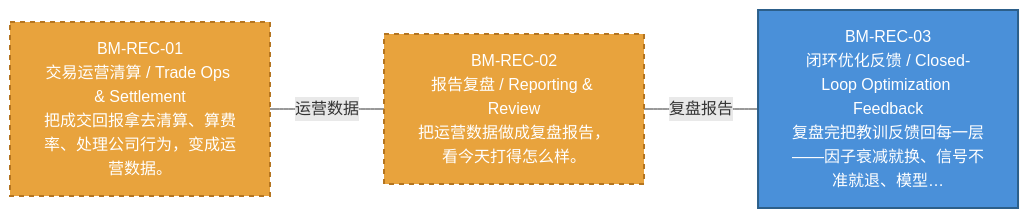
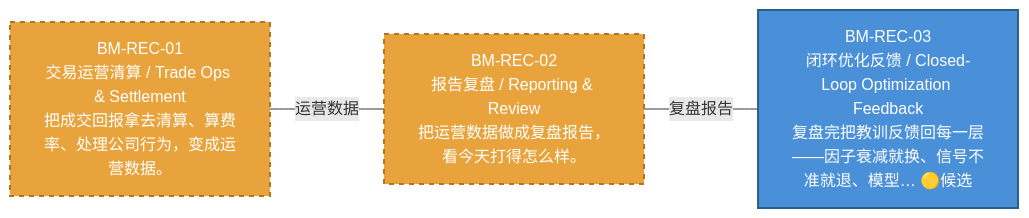
Before and after one commit to xuanFelixVan/ZephyrAlpha: the diagram in docs/02_enterprise_architecture/07_trading_decision_architecture/battle_map/battle_map_06_reconciliation.md, drawn with Mermaid. The commit also changed other lines of this file and 9 other files, not shown here.

First line of the commit message:
feat(battle_map): 缺口2补完——§15时序/§1.7分布感知横切视图+定位书§三系统架构上下文

````diff
--- a/docs/02_enterprise_architecture/07_trading_decision_architecture/battle_map/battle_map_06_reconciliation.md
+++ b/docs/02_enterprise_architecture/07_trading_decision_architecture/battle_map/battle_map_06_reconciliation.md
@@ -15,14 +15,14 @@
 ```mermaid
 %% 对账阶段图
 flowchart LR
     BM_REC_01["BM-REC-01\n交易运营清算 / Trade Ops & Settlement\n把成交回报拿去清算、算费率、处理公司行为，变成运营数据。"]:::design
     BM_REC_02["BM-REC-02\n报告复盘 / Reporting & Review\n把运营数据做成复盘报告，看今天打得怎么样。"]:::design
-    BM_REC_03["BM-REC-03\n闭环优化反馈 / Closed-Loop Optimization Feedback\n复盘完把教训反馈回每一层——因子衰减就换、信号不准就退、模型…"]:::production
+    BM_REC_03["BM-REC-03\n闭环优化反馈 / Closed-Loop Optimization Feedback\n复盘完把教训反馈回每一层——因子衰减就换、信号不准就退、模型… 🟡候选"]:::production
     BM_REC_01 --- |运营数据| BM_REC_02
     BM_REC_02 --- |复盘报告| BM_REC_03
 classDef production fill:#4A90D9,stroke:#2C5F8A,color:#fff,stroke-width:2px;
 classDef design fill:#E8A33D,stroke:#B57520,color:#fff,stroke-width:2px,stroke-dasharray: 5 5;
 classDef deprecated fill:#D93636,stroke:#A02020,color:#fff,stroke-width:2px;
 classDef missing fill:#BBBBBB,stroke:#888888,color:#fff,stroke-width:2px;
 classDef candidate fill:#F4D03F,stroke:#B7950B,color:#000,stroke-width:2px;
 ```
````
